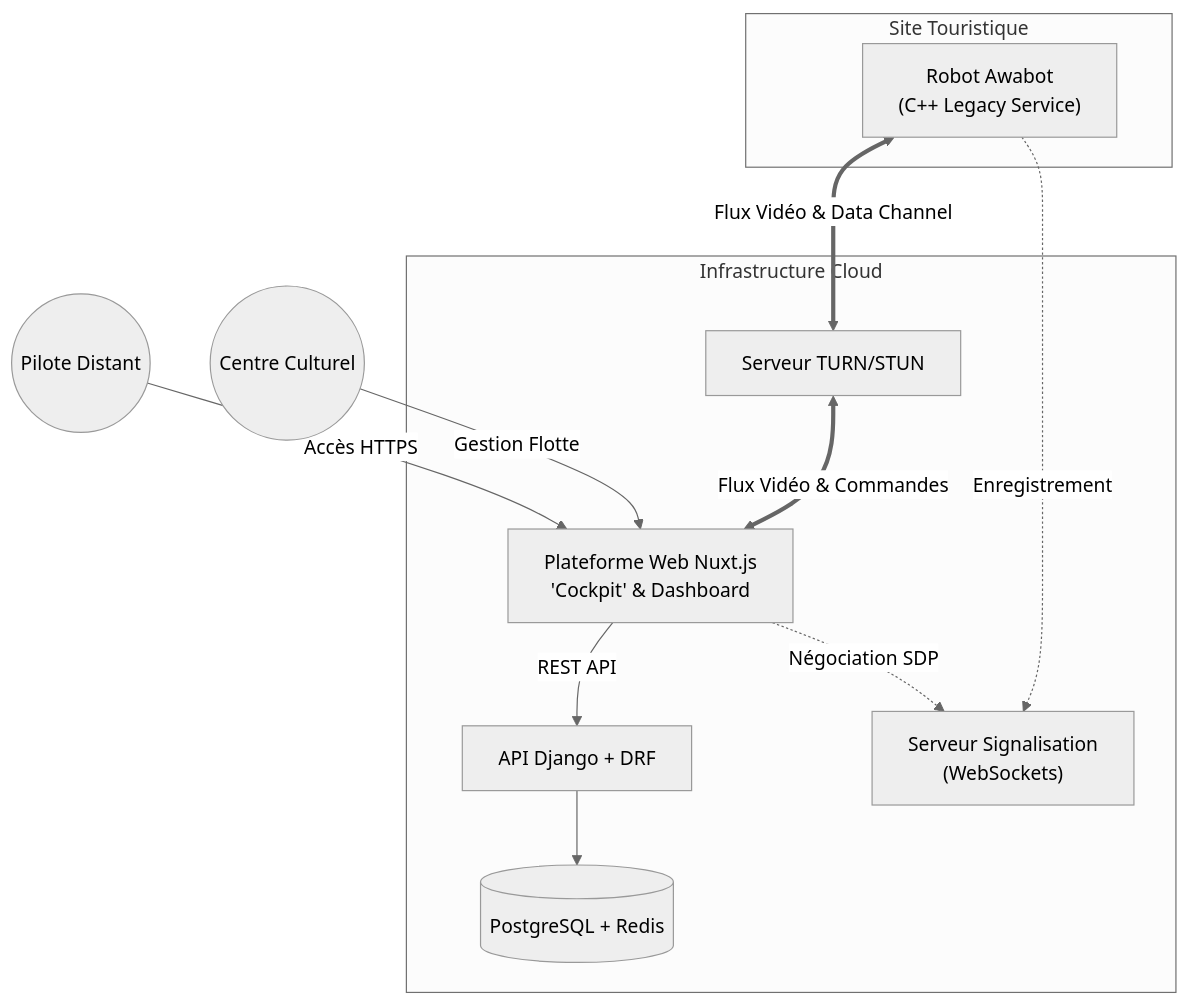
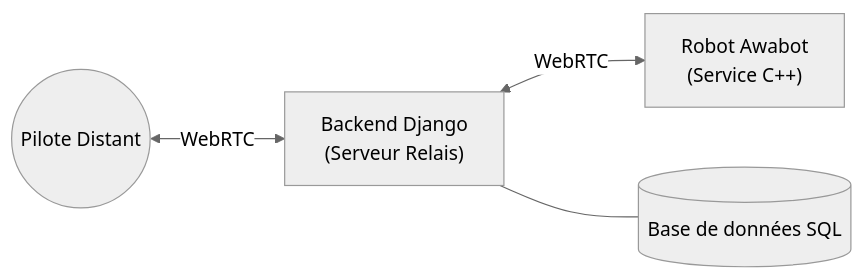
Before and after one commit to EthanCarollo/awabot-innovation: the first of 2 diagrams in website/content/cdc.md, drawn with Mermaid (neutral theme). The commit also changed other lines of this file, not shown here.

Commit message:
WIP : cdc

````diff
--- a/website/content/cdc.md
+++ b/website/content/cdc.md
@@ -57,25 +57,6 @@
 ```mermaid
-graph TD
-    %% Utilisateurs
-    Pilote((Pilote Distant)) -->|Accès HTTPS| WebApp["Plateforme Web Nuxt.js\n'Cockpit' & Dashboard"]
-    Staff((Centre Culturel)) -->|Gestion Flotte| WebApp
-
-    subgraph "Infrastructure Cloud"
-        WebApp -->|REST API| API["API Django + DRF"]
-        API --> DB[("PostgreSQL + Redis")]
-        Signaling["Serveur Signalisation\n(WebSockets)"]
-        Turn[Serveur TURN/STUN]
-    end
-
-    subgraph "Site Touristique"
-        Robot["Robot Awabot\n(C++ Legacy Service)"]
-    end
-
-    %% Communication Temps Réel (WebRTC)
-    WebApp -.->|Négociation SDP| Signaling
-    Robot -.->|Enregistrement| Signaling
-    
-    %% Flux Vidéo & Data
-    Robot <==>|Flux Vidéo & Data Channel| Turn
-    Turn <==>|Flux Vidéo & Commandes| WebApp
+graph LR
+    Pilote((Pilote Distant)) <-->|WebRTC| Django["Backend Django\n(Serveur Relais)"]
+    Django <-->|WebRTC| Robot["Robot Awabot\n(Service C++)"]
+    Django --- DB[("Base de données SQL")]
 ```
````
